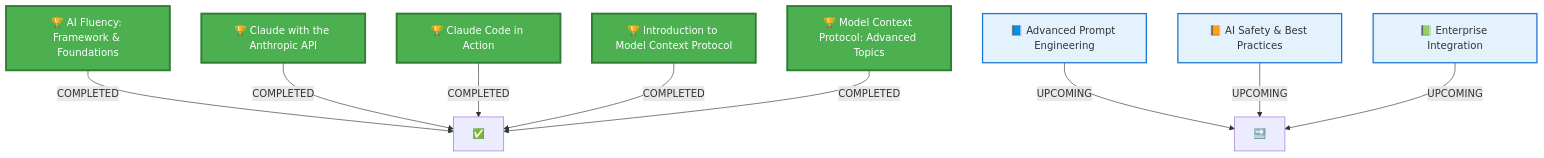
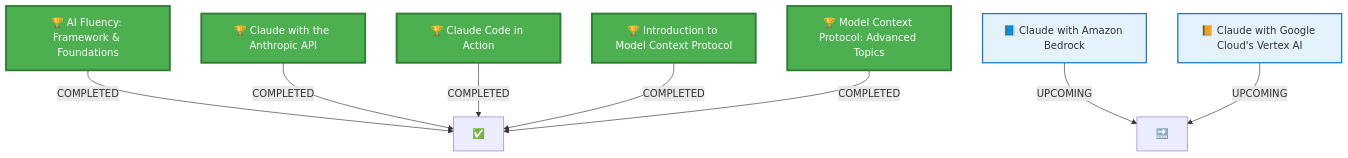
Before and after one commit to developtheweb/anthropic-certs: the first of 2 diagrams in README.md, drawn with Mermaid. The commit also changed other lines of this file, not shown here.

````diff
--- a/README.md
+++ b/README.md
@@ -85,20 +85,18 @@
 ```mermaid
 graph TD
     A[🏆 AI Fluency: Framework & Foundations] -->|COMPLETED| B[✅]
     C[🏆 Claude with the Anthropic API] -->|COMPLETED| B
     D[🏆 Claude Code in Action] -->|COMPLETED| B
     E[🏆 Introduction to Model Context Protocol] -->|COMPLETED| B
     K[🏆 Model Context Protocol: Advanced Topics] -->|COMPLETED| B
-    G[📘 Advanced Prompt Engineering] -->|UPCOMING| H[🔜]
-    I[📙 AI Safety & Best Practices] -->|UPCOMING| H
-    J[📗 Enterprise Integration] -->|UPCOMING| H
+    G[📘 Claude with Amazon Bedrock] -->|UPCOMING| H[🔜]
+    I[📙 Claude with Google Cloud's Vertex AI] -->|UPCOMING| H
     
     style A fill:#4CAF50,stroke:#2E7D32,stroke-width:3px,color:#fff
     style C fill:#4CAF50,stroke:#2E7D32,stroke-width:3px,color:#fff
     style D fill:#4CAF50,stroke:#2E7D32,stroke-width:3px,color:#fff
     style E fill:#4CAF50,stroke:#2E7D32,stroke-width:3px,color:#fff
     style K fill:#4CAF50,stroke:#2E7D32,stroke-width:3px,color:#fff
     style G fill:#E3F2FD,stroke:#1976D2,stroke-width:2px
     style I fill:#E3F2FD,stroke:#1976D2,stroke-width:2px
-    style J fill:#E3F2FD,stroke:#1976D2,stroke-width:2px
 ```
````
